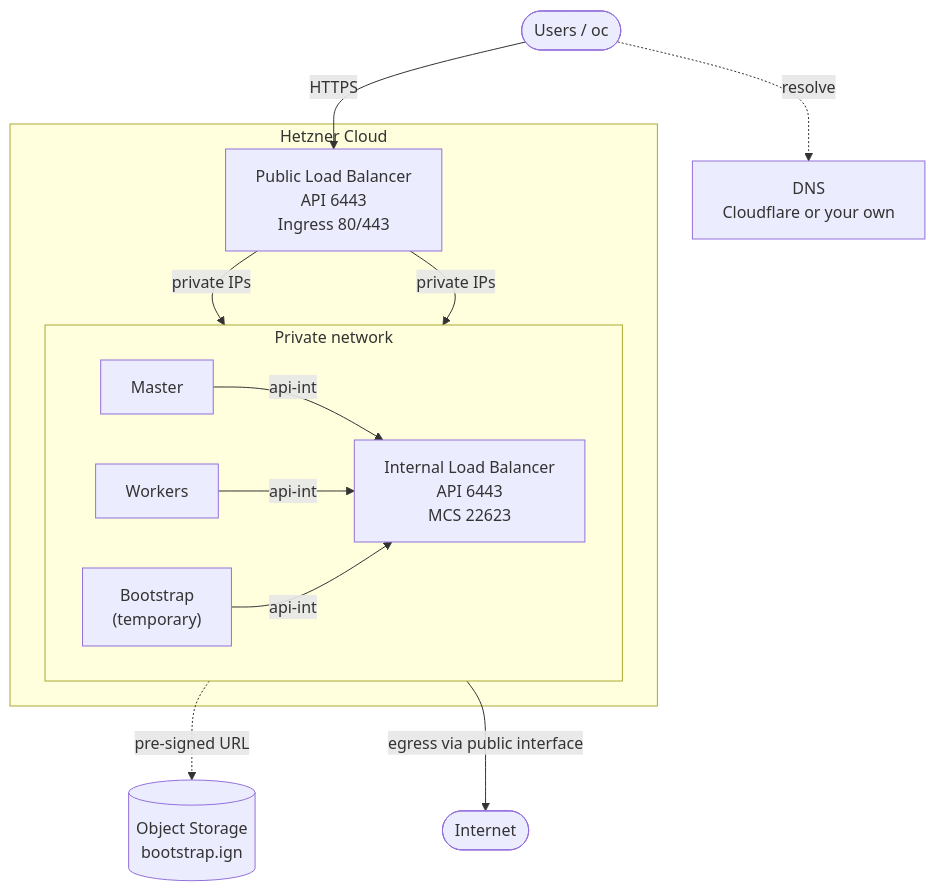
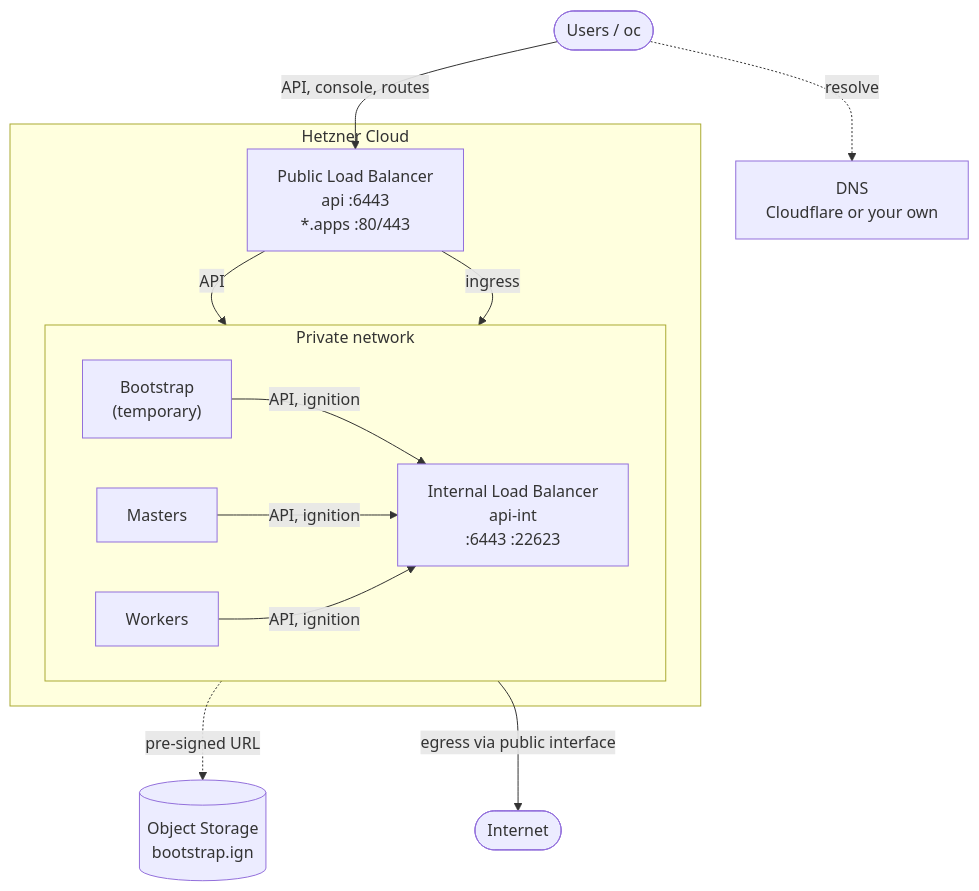
The diagram in README.md (slauger/hcloud-okd4), drawn with Mermaid before and after one commit. The commit also changed other lines of this file and 1 other file, not shown here.

Commit message:
docs: show DNS names in the diagram and support 3 masters in the docs
The agent prompt now asks for a single or highly available control plane.

````diff
--- a/README.md
+++ b/README.md
@@ -25,25 +25,26 @@
 ```mermaid
 flowchart TB
   user(["Users / oc"])
   dns["DNS<br/>Cloudflare or your own"]
   internet(["Internet"])
   s3[("Object Storage<br/>bootstrap.ign")]
 
   subgraph hcloud["Hetzner Cloud"]
-    lb["Public Load Balancer<br/>API 6443<br/>Ingress 80/443"]
+    lb["Public Load Balancer<br/>api :6443<br/>*.apps :80/443"]
     subgraph net["Private network"]
       direction LR
       bootstrap["Bootstrap<br/>(temporary)"]
-      master["Master"]
+      master["Masters"]
       workers["Workers"]
-      lbint["Internal Load Balancer<br/>API 6443<br/>MCS 22623"]
+      lbint["Internal Load Balancer<br/>api-int<br/>:6443 :22623"]
     end
   end
 
   user -.->|"resolve"| dns
-  user -->|"HTTPS"| lb
-  lb -->|"private IPs"| master & workers
-  master & workers & bootstrap -->|"api-int"| lbint
+  user -->|"API, console, routes"| lb
+  lb -->|"API"| master
+  lb -->|"ingress"| workers
+  bootstrap & master & workers -->|"API, ignition"| lbint
   net -->|"egress via public interface"| internet
   bootstrap -.->|"pre-signed URL"| s3
 ```
````
